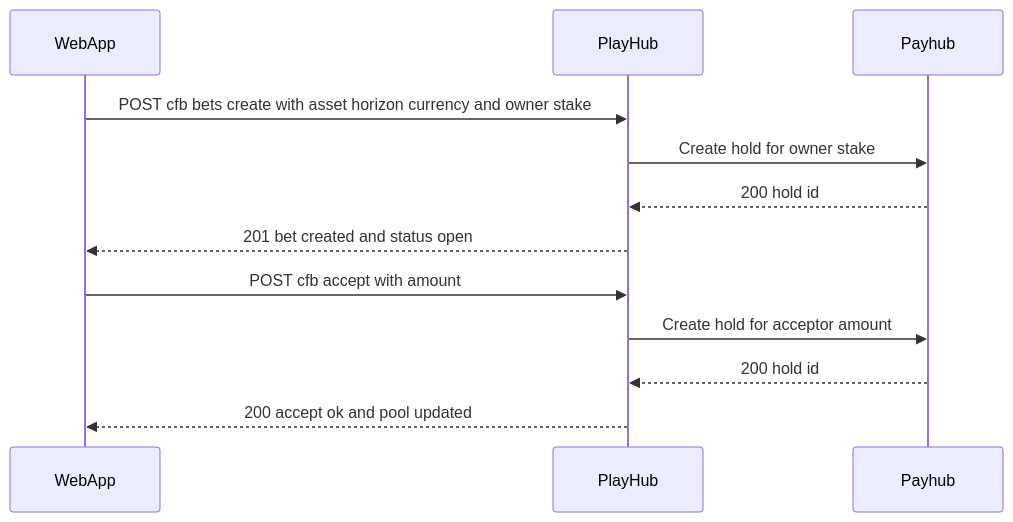
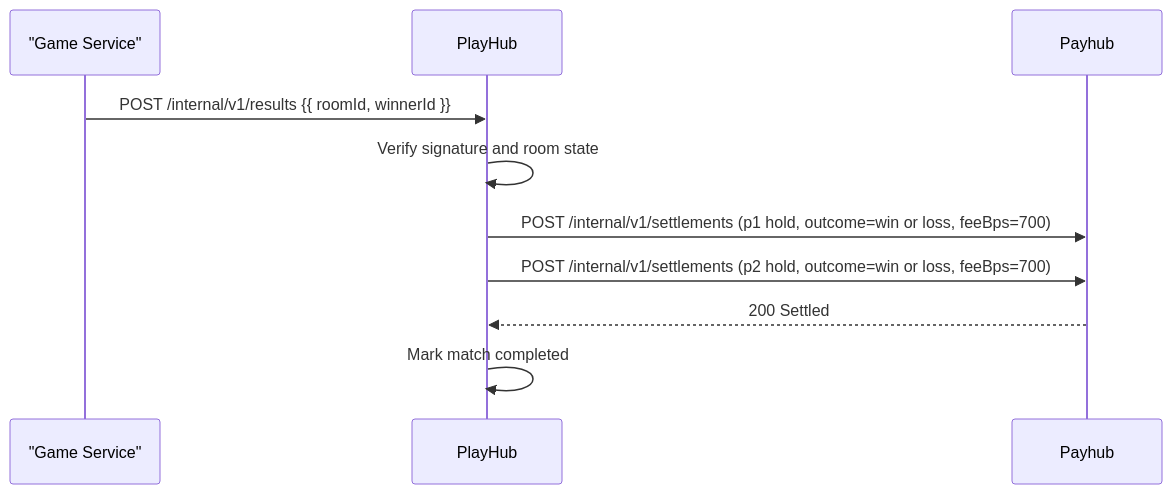
One commit to fuzeac/fuze-telegram-mini-app changed the third of 4 diagrams in miniapp-playhub-service.md. Above: the diagram before and after it, drawn with Mermaid. The commit also changed other lines of this file, not shown here.

````diff
--- a/miniapp-playhub-service.md
+++ b/miniapp-playhub-service.md
@@ -118,14 +121,12 @@
 ```mermaid
 sequenceDiagram
-participant UI as WebApp
-participant PH as PlayHub
-participant PAY as Payhub
-UI->>PH: POST cfb bets create with asset horizon currency and owner stake
-PH->>PAY: Create hold for owner stake
-PAY-->>PH: 200 hold id
-PH-->>UI: 201 bet created and status open
-UI->>PH: POST cfb accept with amount
-PH->>PAY: Create hold for acceptor amount
-PAY-->>PH: 200 hold id
-PH-->>UI: 200 accept ok and pool updated
+  participant GM as "Game Service"
+  participant PH as PlayHub
+  participant PY as Payhub
+  GM->>PH: POST /internal/v1/results {{ roomId, winnerId }}
+  PH->>PH: Verify signature and room state
+  PH->>PY: POST /internal/v1/settlements (p1 hold, outcome=win or loss, feeBps=700)
+  PH->>PY: POST /internal/v1/settlements (p2 hold, outcome=win or loss, feeBps=700)
+  PY-->>PH: 200 Settled
+  PH->>PH: Mark match completed
 ```
````
